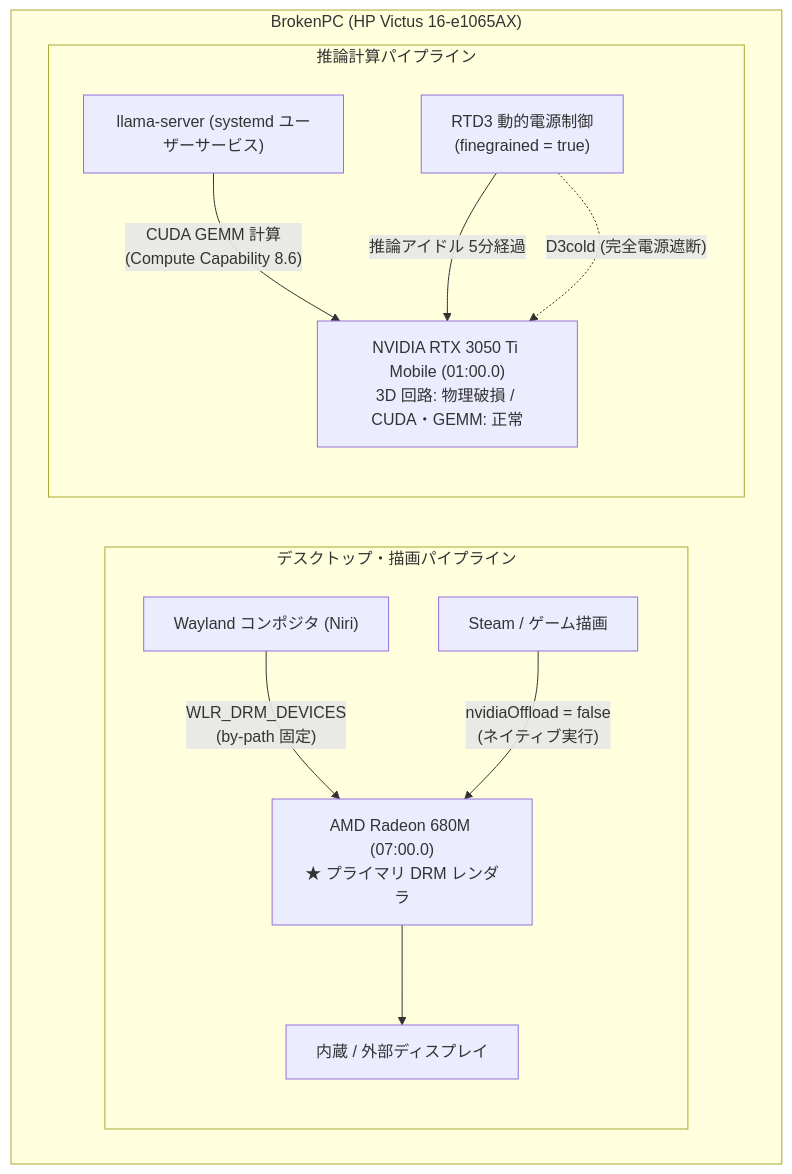
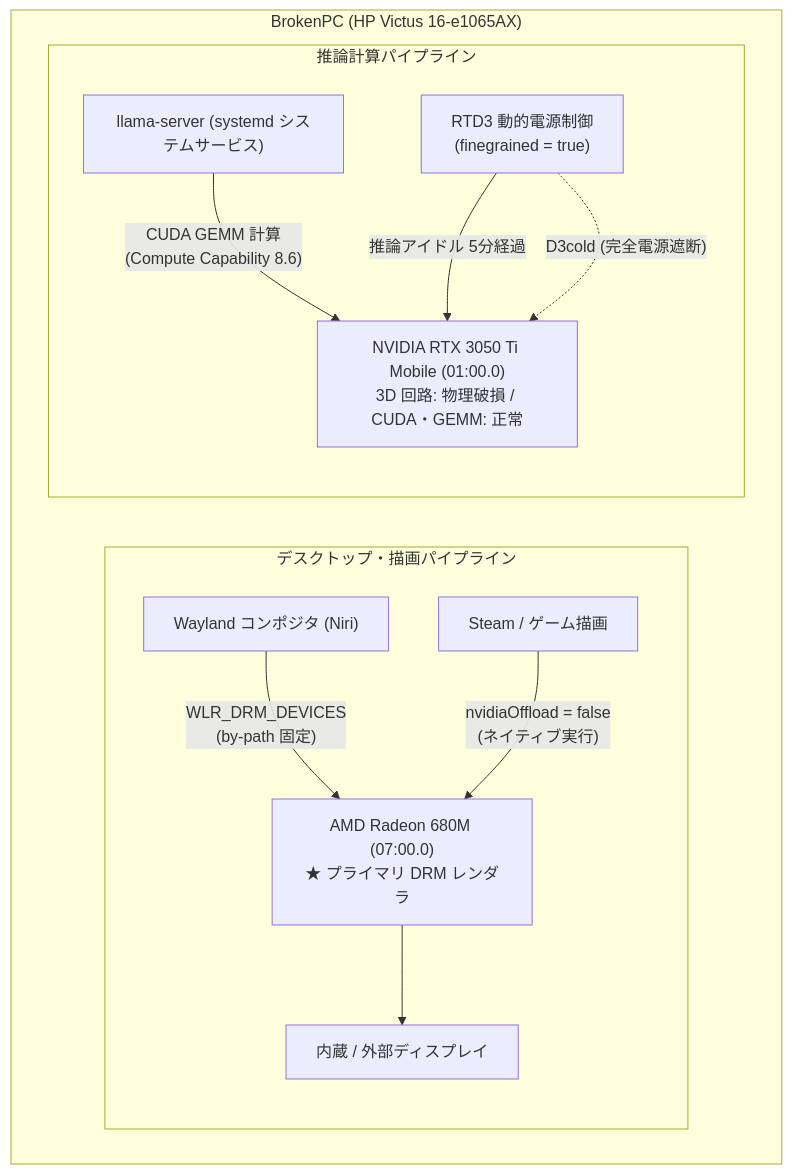
One commit to t3u-tsu/nix-config changed the diagram in docs/hardware/hybrid-gpu.md. Above: the diagram before and after it, drawn with Mermaid. The commit also changed other lines of this file and 157 other files, not shown here.

````diff
--- a/docs/hardware/hybrid-gpu.md
+++ b/docs/hardware/hybrid-gpu.md
@@ -5,25 +5,25 @@
 ```mermaid
 flowchart TD
     subgraph Host["BrokenPC (HP Victus 16-e1065AX)"]
         subgraph DisplayPipeline["デスクトップ・描画パイプライン"]
             Niri["Wayland コンポジタ (Niri)"]
             Games["Steam / ゲーム描画"]
             iGPU["AMD Radeon 680M (07:00.0)<br>★ プライマリ DRM レンダラ"]
             Display["内蔵 / 外部ディスプレイ"]
 
             Niri -->|"WLR_DRM_DEVICES<br>(by-path 固定)"| iGPU
             Games -->|"nvidiaOffload = false<br>(ネイティブ実行)"| iGPU
             iGPU --> Display
         end
 
         subgraph ComputePipeline["推論計算パイプライン"]
-            Llama["llama-server (systemd ユーザーサービス)"]
+            Llama["llama-server (systemd システムサービス)"]
             dGPU["NVIDIA RTX 3050 Ti Mobile (01:00.0)<br>3D 回路: 物理破損 / CUDA・GEMM: 正常"]
             PowerState["RTD3 動的電源制御<br>(finegrained = true)"]
 
             Llama -->|"CUDA GEMM 計算<br>(Compute Capability 8.6)"| dGPU
             PowerState -->|"推論アイドル 5分経過"| dGPU
             PowerState -.->|"D3cold (完全電源遮断)"| dGPU
         end
     end
 ```
````
